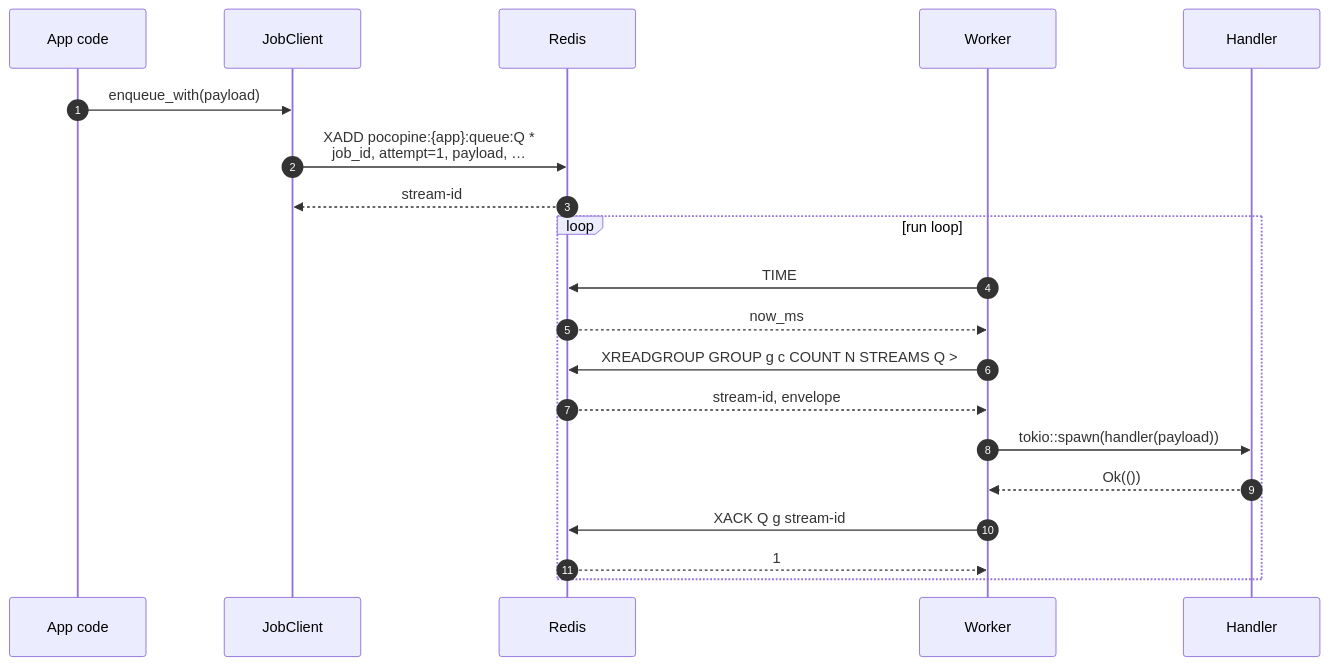
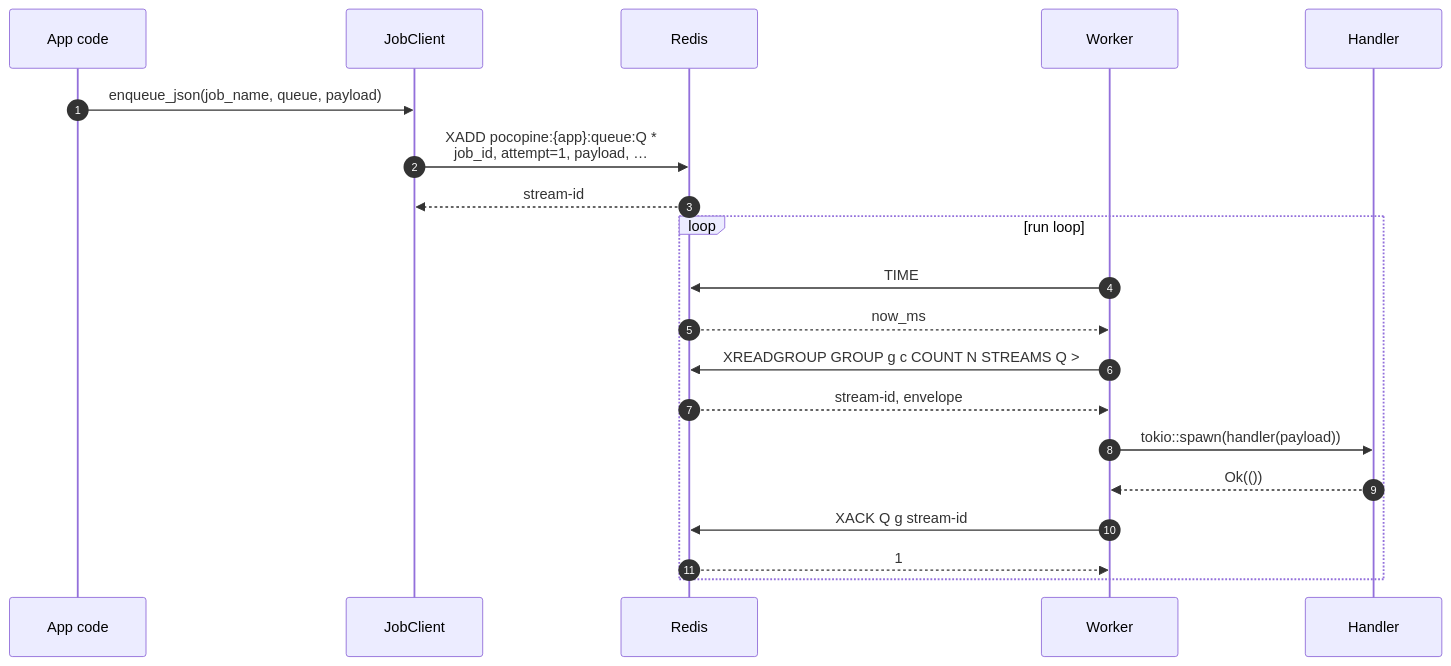
The fourth of 7 diagrams in docs/guides/jobs/jobs.md (mambisi/pocopine), drawn with Mermaid before and after one commit. The commit also changed other lines of this file and 57 other files, not shown here.

````diff
--- a/docs/guides/jobs/jobs.md
+++ b/docs/guides/jobs/jobs.md
@@ -164,24 +154,24 @@
 ```mermaid
 sequenceDiagram
     autonumber
     participant App as App code
     participant Cli as JobClient
     participant R as Redis
     participant W as Worker
     participant H as Handler
 
-    App->>Cli: enqueue_with(payload)
+    App->>Cli: enqueue_json(job_name, queue, payload)
     Cli->>R: XADD pocopine:{app}:queue:Q *<br/>job_id, attempt=1, payload, …
     R-->>Cli: stream-id
 
     loop run loop
         W->>R: TIME
         R-->>W: now_ms
         W->>R: XREADGROUP GROUP g c COUNT N STREAMS Q >
         R-->>W: stream-id, envelope
         W->>H: tokio::spawn(handler(payload))
         H-->>W: Ok(())
         W->>R: XACK Q g stream-id
         R-->>W: 1
     end
 ```
````
